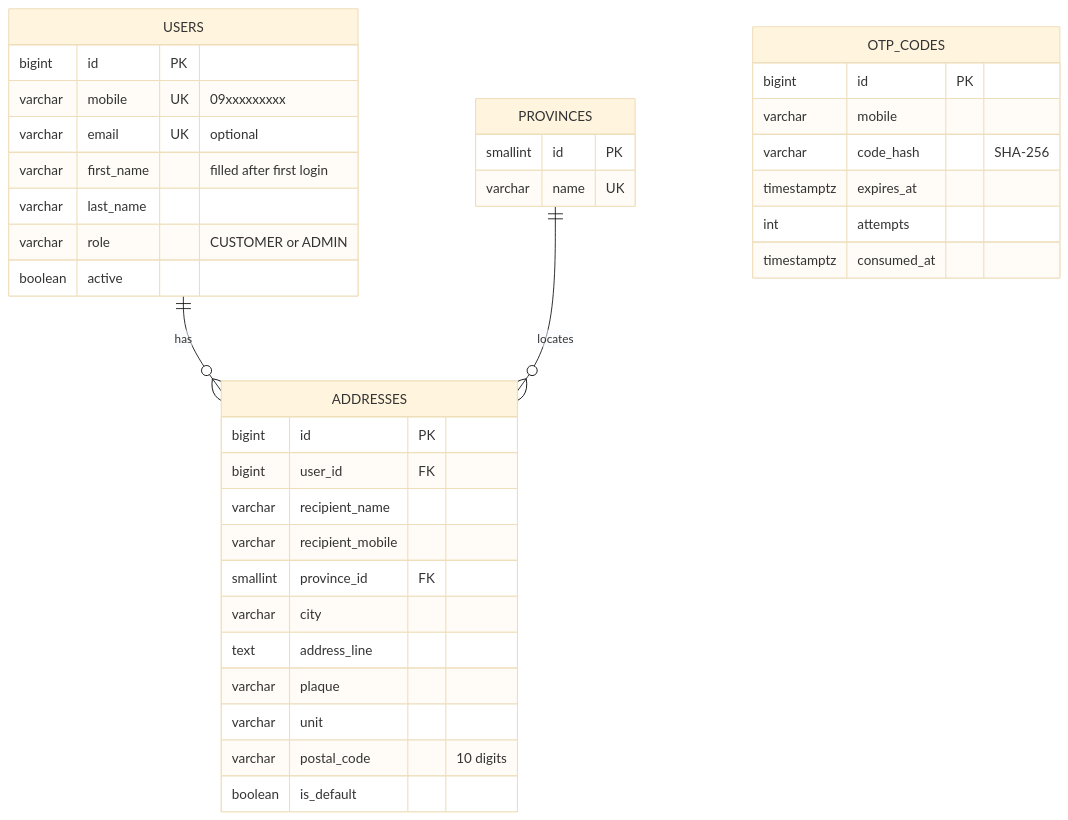
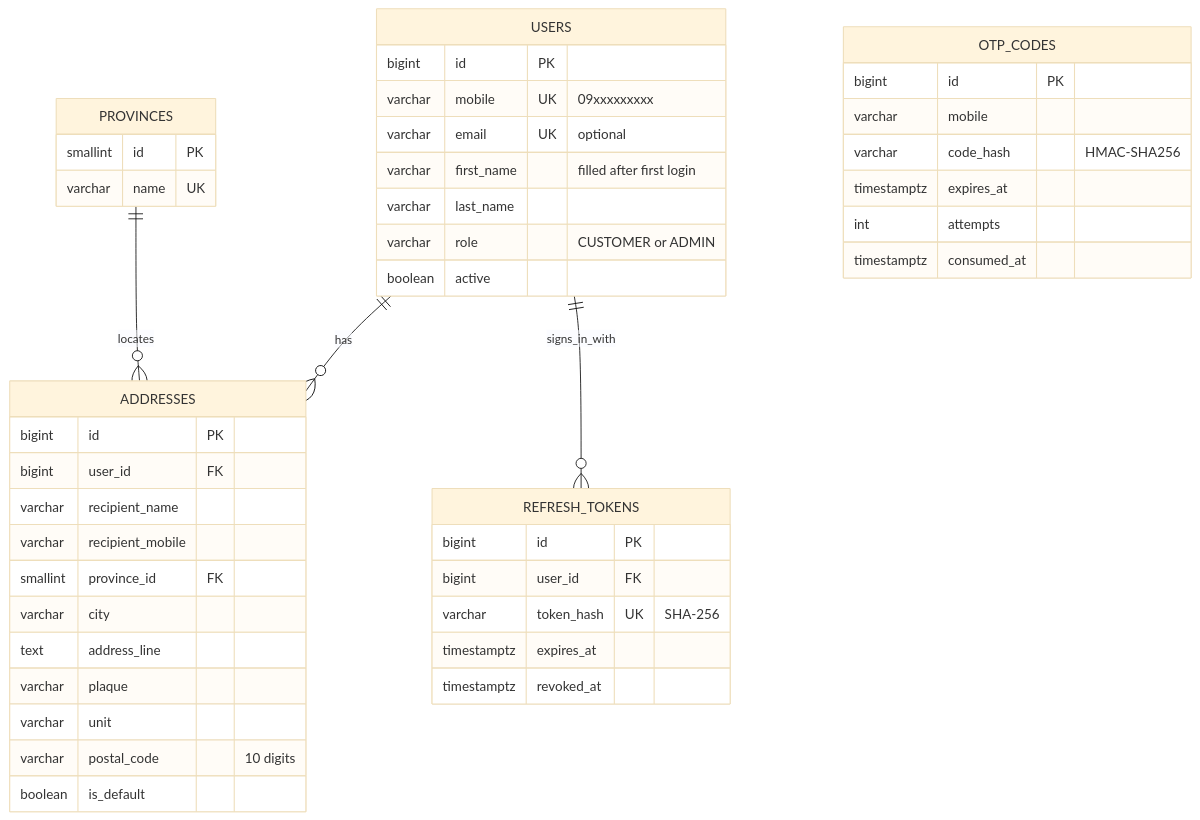
Before and after one commit to AliTaleshi/kalamet: the second of 7 diagrams in docs/database.md, drawn with Mermaid (base theme). The commit also changed other lines of this file and 27 other files, not shown here.

First line of the commit message:
feat(user): add SMS sign-in, rotating refresh tokens, profile and addresses

````diff
--- a/docs/database.md
+++ b/docs/database.md
@@ -53,39 +55,47 @@
 ```mermaid
 erDiagram
   USERS ||--o{ ADDRESSES : has
   PROVINCES ||--o{ ADDRESSES : locates
+  USERS ||--o{ REFRESH_TOKENS : signs_in_with
   USERS {
     bigint id PK
     varchar mobile UK "09xxxxxxxxx"
     varchar email UK "optional"
     varchar first_name "filled after first login"
     varchar last_name
     varchar role "CUSTOMER or ADMIN"
     boolean active
   }
   OTP_CODES {
     bigint id PK
     varchar mobile
-    varchar code_hash "SHA-256"
+    varchar code_hash "HMAC-SHA256"
     timestamptz expires_at
     int attempts
     timestamptz consumed_at
   }
   PROVINCES {
     smallint id PK
     varchar name UK
   }
   ADDRESSES {
     bigint id PK
     bigint user_id FK
     varchar recipient_name
     varchar recipient_mobile
     smallint province_id FK
     varchar city
     text address_line
     varchar plaque
     varchar unit
     varchar postal_code "10 digits"
     boolean is_default
   }
+  REFRESH_TOKENS {
+    bigint id PK
+    bigint user_id FK
+    varchar token_hash UK "SHA-256"
+    timestamptz expires_at
+    timestamptz revoked_at
+  }
 ```
````
